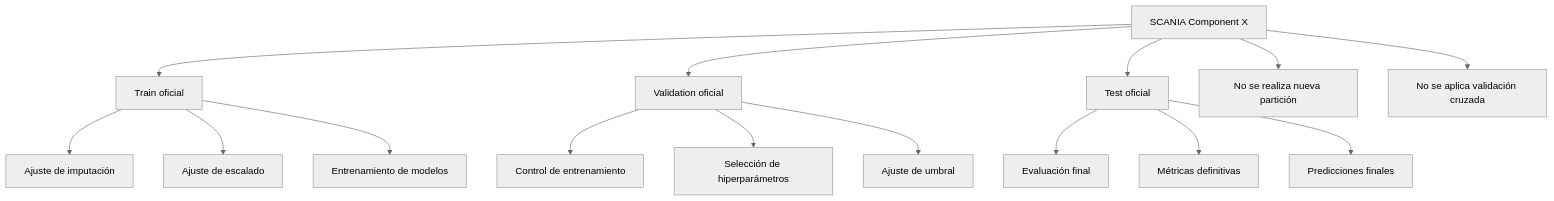
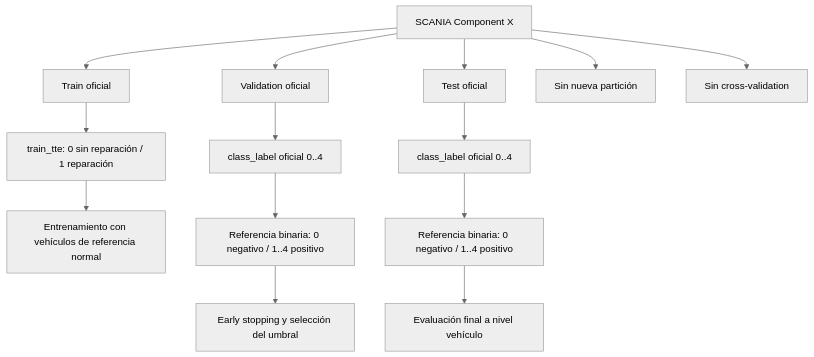
Before and after one commit to ajvilleg10/scania-component-x-outlier-detection: the diagram in scania-component-x-outlier-detection/docs/diagrams/fig_6_3_particiones_oficiales.mmd, drawn with Mermaid (neutral theme). The commit also changed 52 other files, not shown here.

```diff
--- a/scania-component-x-outlier-detection/docs/diagrams/fig_6_3_particiones_oficiales.mmd
+++ b/scania-component-x-outlier-detection/docs/diagrams/fig_6_3_particiones_oficiales.mmd
@@ -1,19 +1,14 @@
 flowchart TD
     A[SCANIA Component X] --> B[Train oficial]
     A --> C[Validation oficial]
     A --> D[Test oficial]
-
-    B --> B1[Ajuste de imputación]
-    B --> B2[Ajuste de escalado]
-    B --> B3[Entrenamiento de modelos]
-
-    C --> C1[Control de entrenamiento]
-    C --> C2[Selección de hiperparámetros]
-    C --> C3[Ajuste de umbral]
-
-    D --> D1[Evaluación final]
-    D --> D2[Métricas definitivas]
-    D --> D3[Predicciones finales]
-
-    A --> E[No se realiza nueva partición]
-    A --> F[No se aplica validación cruzada]
+    B --> B1[train_tte: 0 sin reparación / 1 reparación]
+    B1 --> B2[Entrenamiento con vehículos de referencia normal]
+    C --> C0[class_label oficial 0..4]
+    D --> D0[class_label oficial 0..4]
+    C0 --> C1[Referencia binaria: 0 negativo / 1..4 positivo]
+    D0 --> D1[Referencia binaria: 0 negativo / 1..4 positivo]
+    C1 --> C2[Early stopping y selección del umbral]
+    D1 --> D2[Evaluación final a nivel vehículo]
+    A --> E[Sin nueva partición]
+    A --> F[Sin cross-validation]
```
